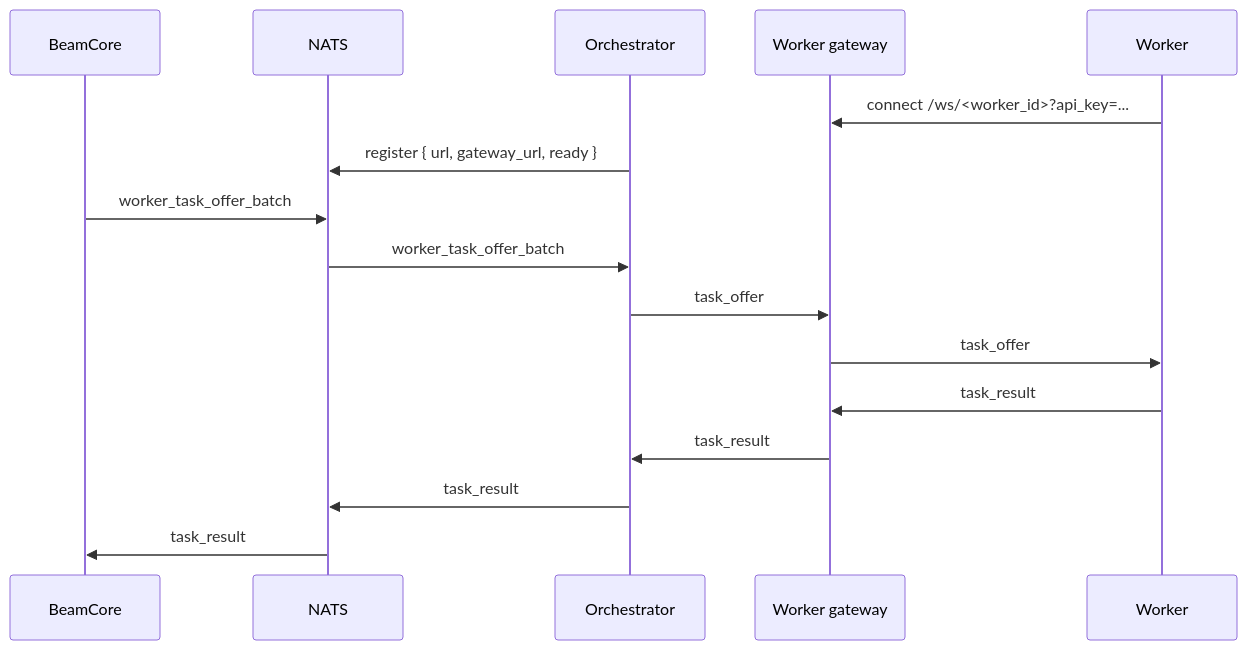
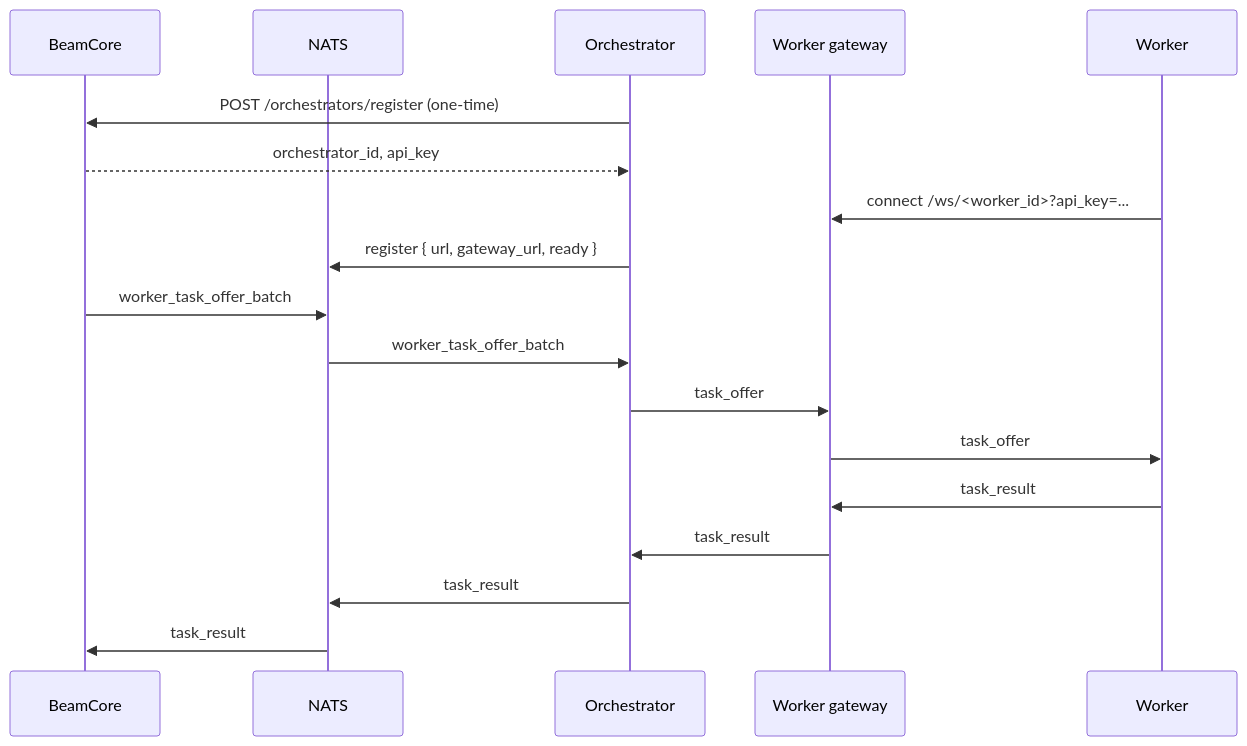
The diagram in guide/orchestrators.md (Beam-Network/beam), drawn with Mermaid before and after one commit. The commit also changed other lines of this file, not shown here.

First line of the commit message:
Document orchestrator registration flow

````diff
--- a/guide/orchestrators.md
+++ b/guide/orchestrators.md
@@ -33,19 +33,21 @@
 ```mermaid
 sequenceDiagram
     participant BC as BeamCore
     participant NATS
     participant O as Orchestrator
     participant WG as Worker gateway
     participant W as Worker
 
+    O->>BC: POST /orchestrators/register (one-time)
+    BC-->>O: orchestrator_id, api_key
     W->>WG: connect /ws/<worker_id>?api_key=...
     O->>NATS: register { url, gateway_url, ready }
     BC->>NATS: worker_task_offer_batch
     NATS->>O: worker_task_offer_batch
     O->>WG: task_offer
     WG->>W: task_offer
     W->>WG: task_result
     WG->>O: task_result
     O->>NATS: task_result
     NATS->>BC: task_result
 ```
````
